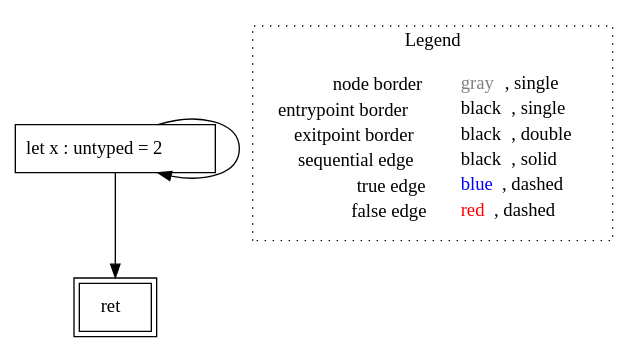
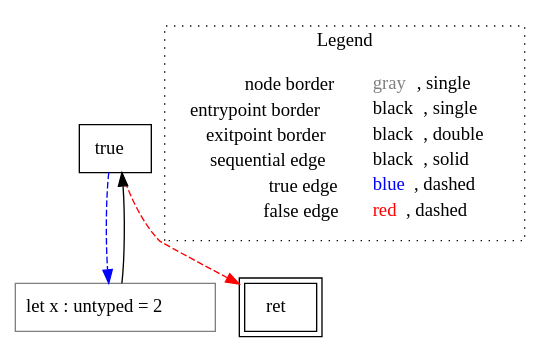
The diagram in rust-lisa/rust-testcases/cfg/loop/()_rust-testcases_cfg_loop_loop.rs.main().dot (VincenzoArceri/rust-lisa), drawn with Graphviz before and after one commit. The commit also changed 7 other files, not shown here.

```diff
--- a/rust-lisa/rust-testcases/cfg/loop/()_rust-testcases_cfg_loop_loop.rs.main().dot
+++ b/rust-lisa/rust-testcases/cfg/loop/()_rust-testcases_cfg_loop_loop.rs.main().dot
@@ -1,13 +1,15 @@
 digraph {
-	"node0" [shape="rect",color="black",label=<let x : untyped = 2>];
-	"node1" [shape="rect",color="black",peripheries="2",label=<ret>];
-	"node0" -> "node1" [color="black"];
-	"node0" -> "node0" [color="black"];
+	"node0" [shape="rect",color="black",label=<true>];
+	"node1" [shape="rect",color="gray",label=<let x : untyped = 2>];
+	"node2" [shape="rect",color="black",peripheries="2",label=<ret>];
+	"node1" -> "node0" [color="black"];
+	"node0" -> "node1" [color="blue",style="dashed"];
+	"node0" -> "node2" [color="red",style="dashed"];
 subgraph cluster_legend {
 	label="Legend";
 	style=dotted;
 	node [shape=plaintext];
 	"legend" [label=<<table border="0" cellpadding="2" cellspacing="0" cellborder="0"><tr><td align="right">node border&nbsp;</td><td align="left"><font color="gray">gray</font>, single</td></tr><tr><td align="right">entrypoint border&nbsp;</td><td align="left"><font color="black">black</font>, single</td></tr><tr><td align="right">exitpoint border&nbsp;</td><td align="left"><font color="black">black</font>, double</td></tr><tr><td align="right">sequential edge&nbsp;</td><td align="left"><font color="black">black</font>, solid</td></tr><tr><td align="right">true edge&nbsp;</td><td align="left"><font color="blue">blue</font>, dashed</td></tr><tr><td align="right">false edge&nbsp;</td><td align="left"><font color="red">red</font>, dashed</td></tr></table>>];
 }
 
 }
```
